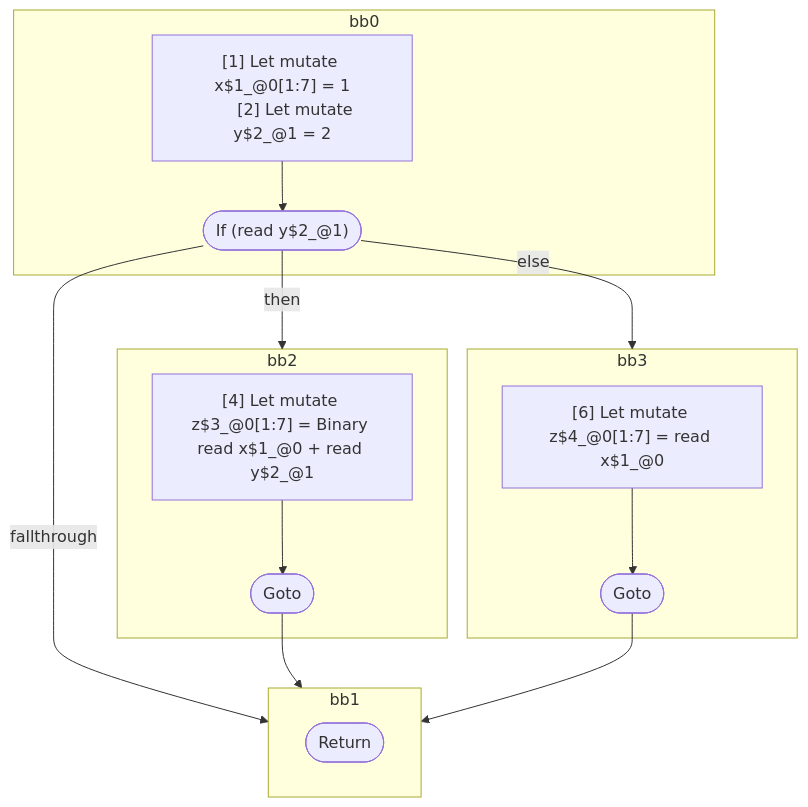
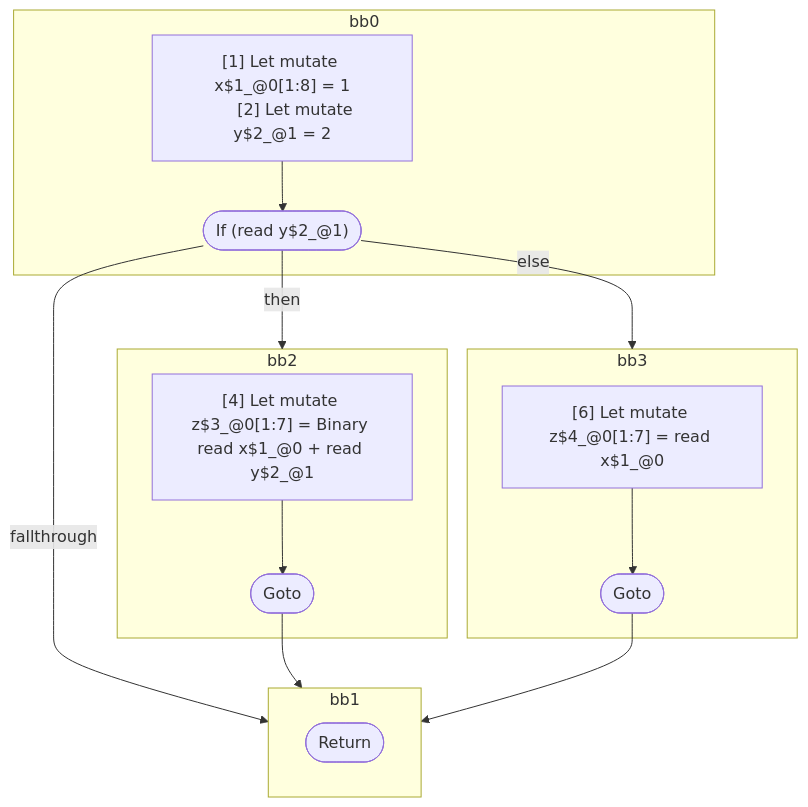
Before and after one commit to wutsmog/private: the diagram in compiler/forget/src/__tests__/fixtures/hir/ssa-if-else.expect.md, drawn with Mermaid. The commit also changed other lines of this file and 26 other files, not shown here.

````diff
--- a/compiler/forget/src/__tests__/fixtures/hir/ssa-if-else.expect.md
+++ b/compiler/forget/src/__tests__/fixtures/hir/ssa-if-else.expect.md
@@ -40,34 +40,34 @@
 ```mermaid
 flowchart TB
   %% Basic Blocks
   subgraph bb0
     bb0_instrs["
-      [1] Let mutate x$1_@0[1:7] = 1
+      [1] Let mutate x$1_@0[1:8] = 1
       [2] Let mutate y$2_@1 = 2
     "]
     bb0_instrs --> bb0_terminal(["If (read y$2_@1)"])
   end
   subgraph bb2
     bb2_instrs["
       [4] Let mutate z$3_@0[1:7] = Binary read x$1_@0 + read y$2_@1
     "]
     bb2_instrs --> bb2_terminal(["Goto"])
   end
   subgraph bb3
     bb3_instrs["
       [6] Let mutate z$4_@0[1:7] = read x$1_@0
     "]
     bb3_instrs --> bb3_terminal(["Goto"])
   end
   subgraph bb1
     bb1_terminal(["Return"])
   end
 
   %% Jumps
   bb0_terminal -- "then" --> bb2
   bb0_terminal -- "else" --> bb3
   bb0_terminal -- "fallthrough" --> bb1
   bb2_terminal --> bb1
   bb3_terminal --> bb1
 
 ```
````
